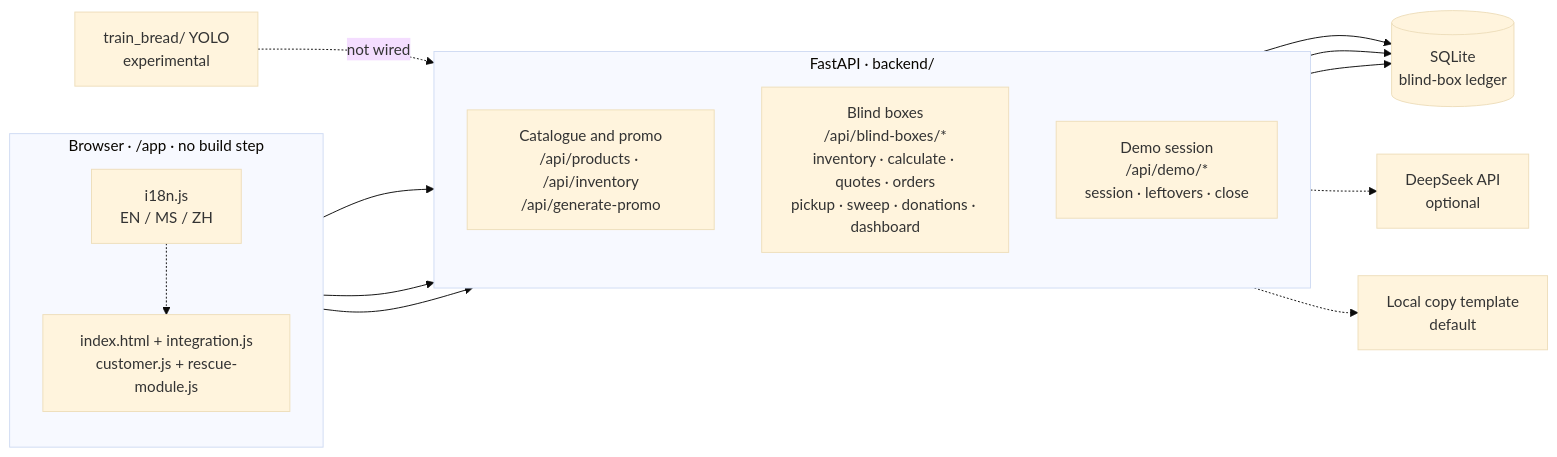
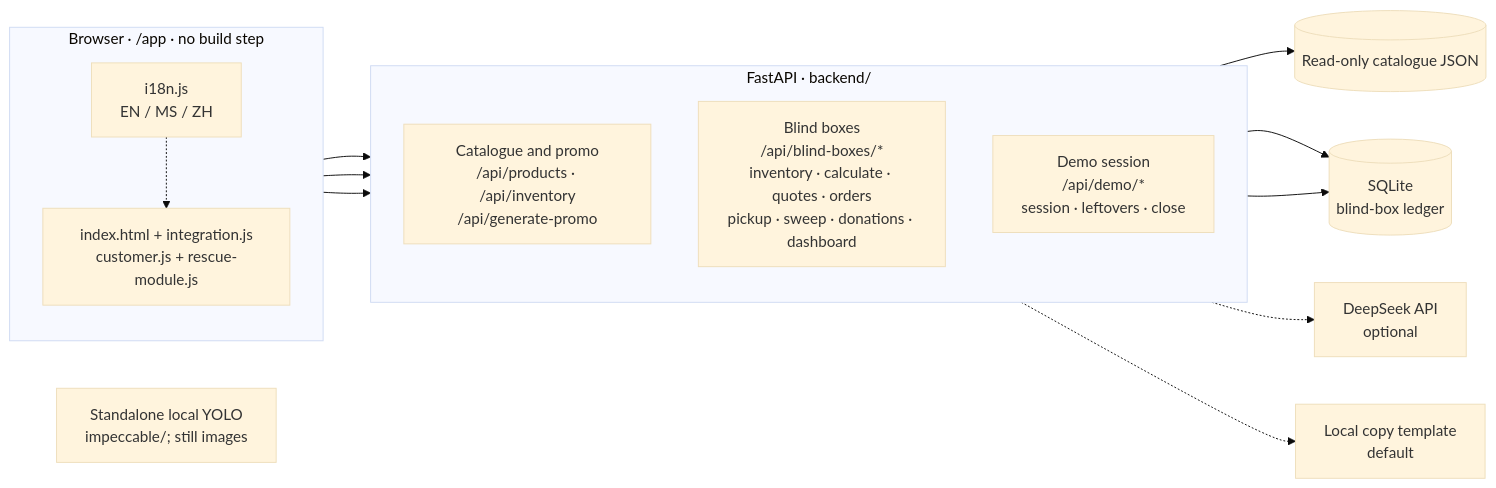
Before and after one commit to Nexgen-XMUM/Nexflow: the diagram in README.md, drawn with Mermaid (base theme). The commit also changed other lines of this file and 16 other files, not shown here.

````diff
--- a/README.md
+++ b/README.md
@@ -221,31 +274,31 @@
 ```mermaid
 flowchart LR
   subgraph Browser["Browser · /app · no build step"]
     direction TB
     UI["index.html + integration.js<br/>customer.js + rescue-module.js"]
     I18N["i18n.js<br/>EN / MS / ZH"]
   end
 
   subgraph Backend["FastAPI · backend/"]
     direction TB
     PROMO["Catalogue and promo<br/>/api/products · /api/inventory<br/>/api/generate-promo"]
     BOX["Blind boxes<br/>/api/blind-boxes/*<br/>inventory · calculate · quotes · orders<br/>pickup · sweep · donations · dashboard"]
     DEMO["Demo session<br/>/api/demo/*<br/>session · leftovers · close"]
   end
 
   DB[("SQLite<br/>blind-box ledger")]
   AI["DeepSeek API<br/>optional"]
   COPY["Local copy template<br/>default"]
-  CV["train_bread/ YOLO<br/>experimental"]
+  CV["Standalone local YOLO<br/>impeccable/; still images"]
 
   UI --> PROMO
   UI --> BOX
   UI --> DEMO
   I18N -.-> UI
-  PROMO --> DB
+  PROMO --> CATALOGUE[("Read-only catalogue JSON")]
   BOX --> DB
   DEMO --> DB
   PROMO -.-> AI
   PROMO -.-> COPY
-  CV -. "not wired" .-> PROMO
+  %% Local YOLO app is separate: no live CCTV stream and no inventory sync.
 ```
````
